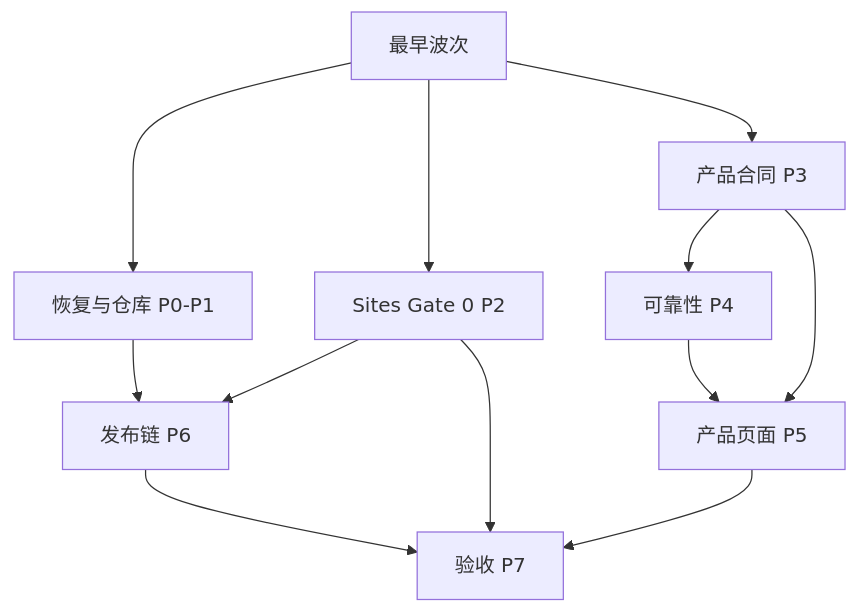
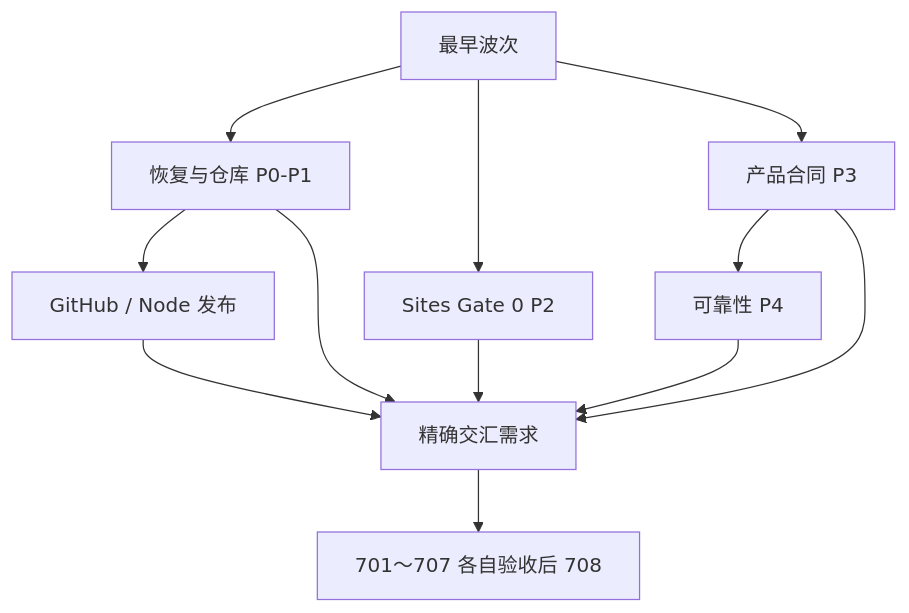
The diagram in docs/wb-dependency-graph.md (lingfeng-xiao/lingfeng-workbench), drawn with Mermaid before and after one commit. The commit also changed other lines of this file, not shown here.

````diff
--- a/docs/wb-dependency-graph.md
+++ b/docs/wb-dependency-graph.md
@@ -7,14 +7,14 @@
 ```mermaid
 flowchart TD
   S["最早波次"] --> R["恢复与仓库 P0-P1"]
   S --> G0["Sites Gate 0 P2"]
   S --> C["产品合同 P3"]
   C --> Q["可靠性 P4"]
-  C --> UI["产品页面 P5"]
-  Q --> UI
-  R --> REL["发布链 P6"]
-  G0 --> REL
-  G0 --> ACC["验收 P7"]
-  UI --> ACC
-  REL --> ACC
+  R --> REL["GitHub / Node 发布"]
+  R --> JOIN["精确交汇需求"]
+  G0 --> JOIN
+  C --> JOIN
+  Q --> JOIN
+  REL --> JOIN
+  JOIN --> CLOSE["701～707 各自验收后 708"]
 ```
````
